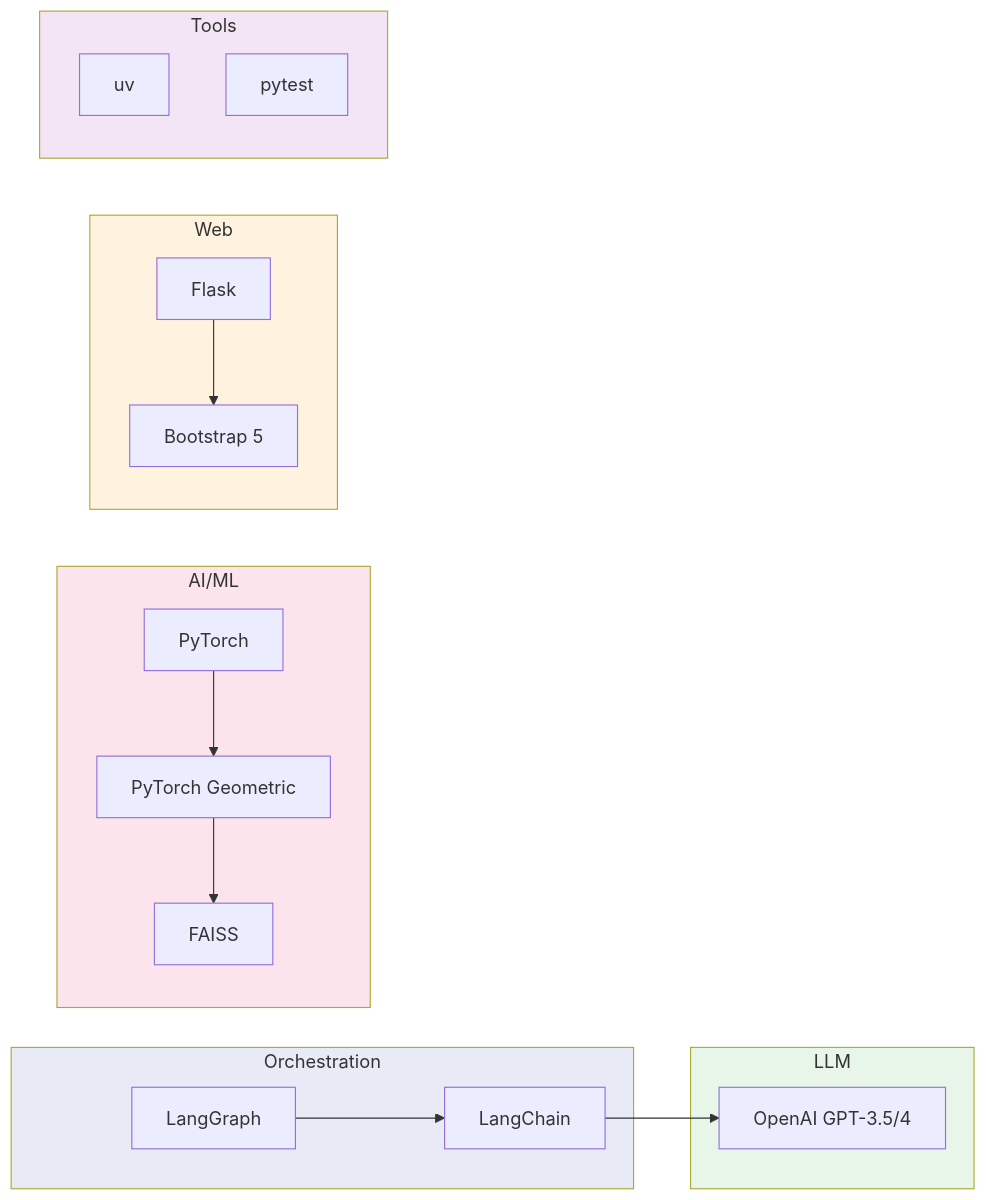
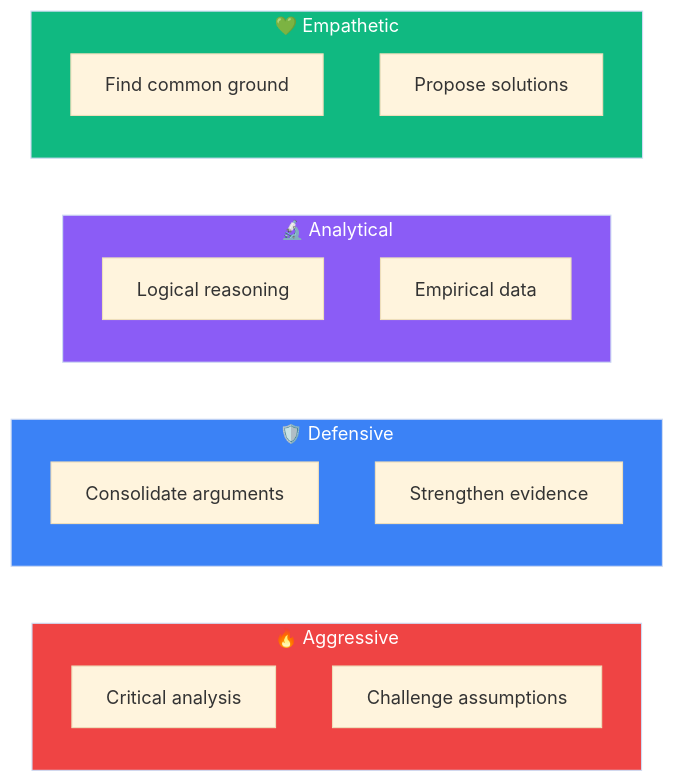
The fourth of 7 diagrams in README.md (AluminumShark/Social-Debate-AI), drawn with Mermaid before and after one commit. The commit also changed other lines of this file, not shown here.

First line of the commit message:
style(docs): improve Mermaid diagrams with brighter colors and cleaner layout

````diff
--- a/README.md
+++ b/README.md
@@ -339,39 +170,28 @@
 ```mermaid
+%%{init: {'theme': 'base'}}%%
 graph LR
-    subgraph Orchestration
-        LangGraph["LangGraph"]
-        LangChain["LangChain"]
+    subgraph S1["🔥 Aggressive"]
+        A1["Critical analysis"]
+        A2["Challenge assumptions"]
+    end
+    
+    subgraph S2["🛡️ Defensive"]
+        B1["Consolidate arguments"]
+        B2["Strengthen evidence"]
+    end
+    
+    subgraph S3["🔬 Analytical"]
+        C1["Logical reasoning"]
+        C2["Empirical data"]
+    end
+    
+    subgraph S4["💚 Empathetic"]
+        D1["Find common ground"]
+        D2["Propose solutions"]
     end
 
-    subgraph AI/ML
-        PyTorch["PyTorch"]
-        PyG["PyTorch Geometric"]
-        FAISS["FAISS"]
-    end
-
-    subgraph LLM
-        OpenAI["OpenAI GPT-3.5/4"]
-    end
-
-    subgraph Web
-        Flask["Flask"]
-        Bootstrap["Bootstrap 5"]
-    end
-
-    subgraph Tools
-        uv["uv"]
-        pytest["pytest"]
-    end
-
-    LangGraph --> LangChain
-    LangChain --> OpenAI
-    PyTorch --> PyG
-    PyG --> FAISS
-    Flask --> Bootstrap
-
-    style Orchestration fill:#e8eaf6
-    style AI/ML fill:#fce4ec
-    style LLM fill:#e8f5e9
-    style Web fill:#fff3e0
-    style Tools fill:#f3e5f5
+    style S1 fill:#ef4444,color:#fff
+    style S2 fill:#3b82f6,color:#fff
+    style S3 fill:#8b5cf6,color:#fff
+    style S4 fill:#10b981,color:#fff
 ```
````
